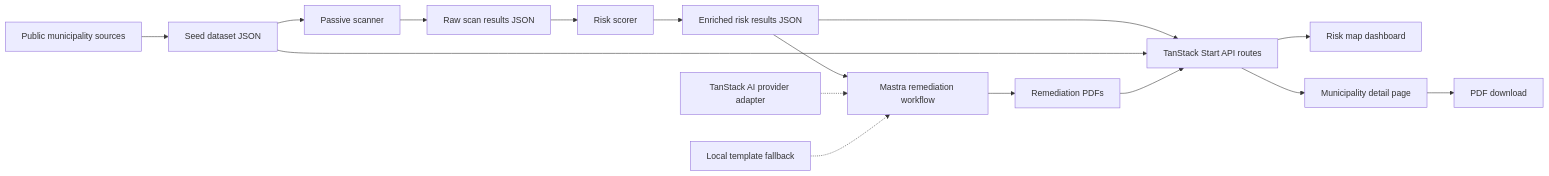
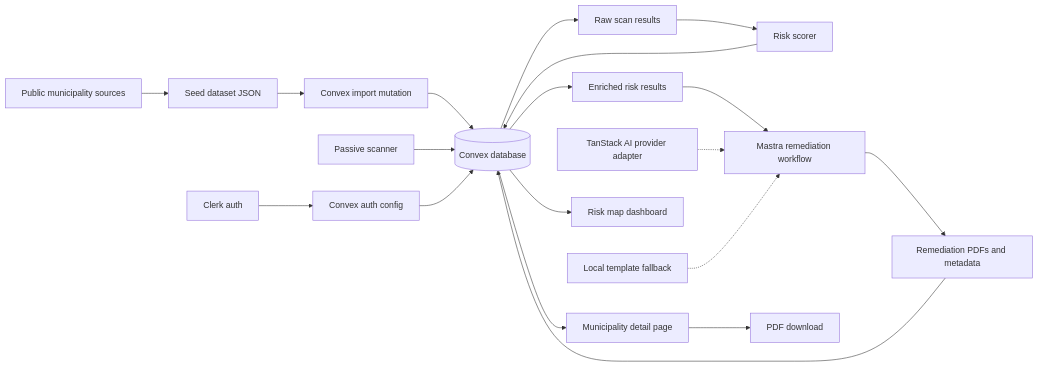
Before and after one commit to jerif118/OpenBreach: the first of 3 diagrams in README.md, drawn with Mermaid. The commit also changed other lines of this file and 1 other file, not shown here.

First line of the commit message:
docs: integrate Convex backend and Clerk auth into project plan

````diff
--- a/README.md
+++ b/README.md
@@ -96,18 +105,21 @@
 ```mermaid
 flowchart LR
   A[Public municipality sources] --> B[Seed dataset JSON]
-  B --> C[Passive scanner]
-  C --> D[Raw scan results JSON]
+  B --> X[Convex import mutation]
+  X --> V[(Convex database)]
+  C[Passive scanner] --> V
+  V --> D[Raw scan results]
   D --> E[Risk scorer]
-  E --> F[Enriched risk results JSON]
+  E --> V
+  V --> F[Enriched risk results]
   F --> G[Mastra remediation workflow]
   H[TanStack AI provider adapter] -.-> G
   N[Local template fallback] -.-> G
-  G --> I[Remediation PDFs]
-  F --> J[TanStack Start API routes]
-  B --> J
-  I --> J
-  J --> K[Risk map dashboard]
-  J --> L[Municipality detail page]
+  G --> I[Remediation PDFs and metadata]
+  I --> V
+  O[Clerk auth] --> P[Convex auth config]
+  P --> V
+  V --> K[Risk map dashboard]
+  V --> L[Municipality detail page]
   L --> M[PDF download]
 ```
````
